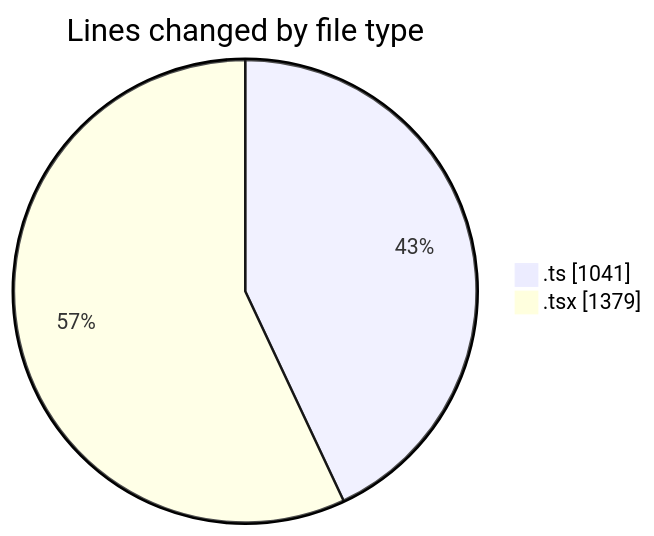
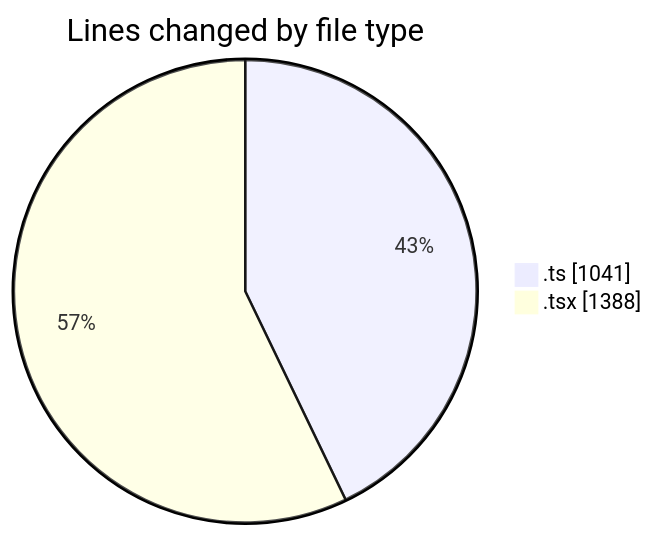
Before and after one commit to momahboobian/code-tracking: the first of 2 diagrams in 2025-09-02/cda/README.md, drawn with Mermaid. The commit also changed other lines of this file and 1 other file, not shown here.

````diff
--- a/2025-09-02/cda/README.md
+++ b/2025-09-02/cda/README.md
@@ -28,6 +28,6 @@
 ```mermaid
 pie showData
 title Lines changed by file type
 ".ts" : 1041
-".tsx" : 1379
+".tsx" : 1388
 ```
````
